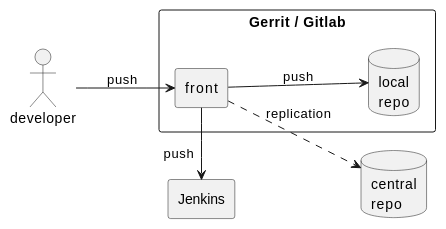
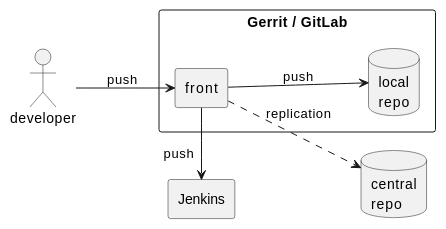
Before and after one commit to Zenika/adoc-presentation-model: the second of 9 diagrams in docs/guides/guides/reveal-my-asciidoc.adoc, drawn with PlantUML. The commit also changed other lines of this file and 142 other files, not shown here.

```diff
--- a/docs/guides/guides/reveal-my-asciidoc.adoc
+++ b/docs/guides/guides/reveal-my-asciidoc.adoc
@@ -286,18 +286,18 @@
 [plantuml, rma-use-case-diagram, svg]
 ....
 left to right direction
 
 actor developer
 database repo as "central\nrepo"
 agent jenkins as "Jenkins"
 
-rectangle admin as "Gerrit / Gitlab" {
+rectangle admin as "Gerrit / GitLab" {
     agent ui as "front"
     database repo_local as "local\nrepo"
 }
 
 developer --> ui : push
 ui --> repo_local : push
 ui -left-> jenkins: "\npush "
 ui ..> repo : replication
 ....
```
